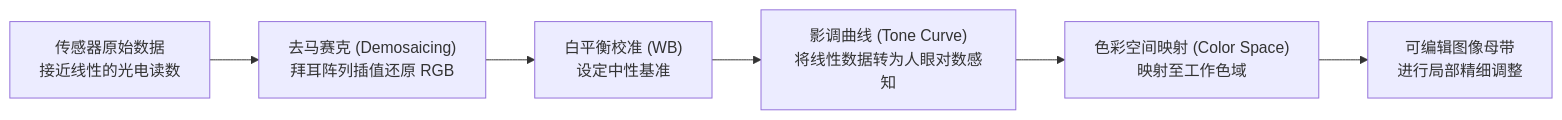
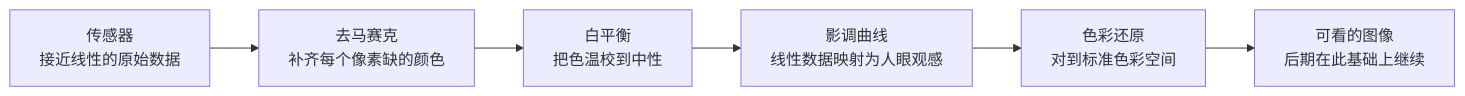
One commit to yingwang/photography-book changed the first of 2 diagrams in docs/13-postprocess.md. Above: the diagram before and after it, drawn with Mermaid. The commit also changed other lines of this file and 18 other files, not shown here.

````diff
--- a/docs/13-postprocess.md
+++ b/docs/13-postprocess.md
@@ -72,8 +77,8 @@
 ```mermaid
 graph LR
-    A["传感器原始数据<br/>接近线性的光电读数"] --> B["去马赛克 (Demosaicing)<br/>拜耳阵列插值还原 RGB"]
-    B --> C["白平衡校准 (WB)<br/>设定中性基准"]
-    C --> D["影调曲线 (Tone Curve)<br/>将线性数据转为人眼对数感知"]
-    D --> E["色彩空间映射 (Color Space)<br/>映射至工作色域"]
-    E --> F["可编辑图像母带<br/>进行局部精细调整"]
+    A["传感器<br/>接近线性的原始数据"] --> B["去马赛克<br/>补齐每个像素缺的颜色"]
+    B --> C["白平衡<br/>把色温校到中性"]
+    C --> D["影调曲线<br/>线性数据映射为人眼观感"]
+    D --> E["色彩还原<br/>对到标准色彩空间"]
+    E --> F["可看的图像<br/>后期在此基础上继续"]
 ```
````
